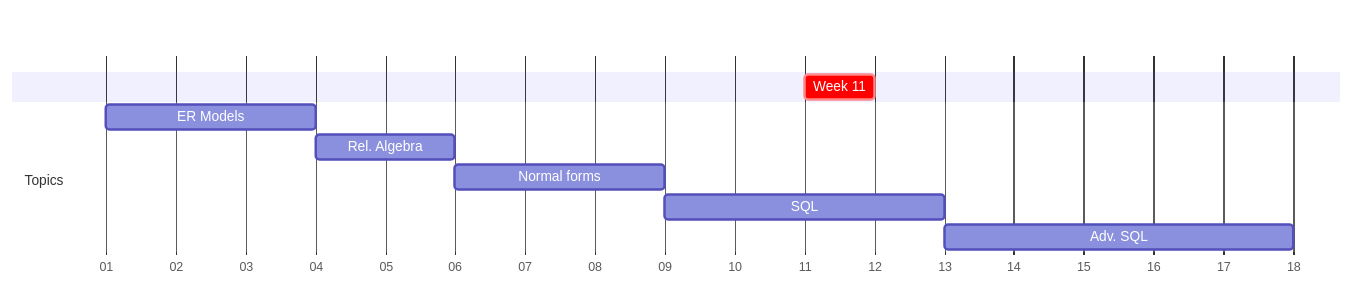
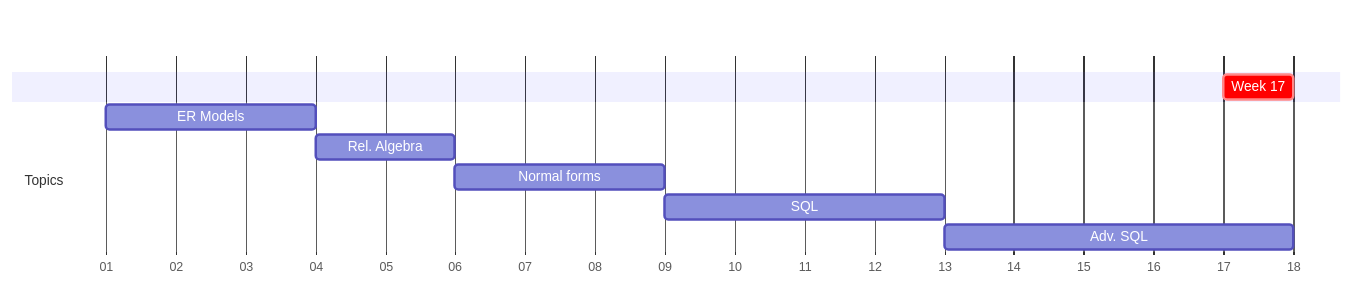
The diagram in fa2024/lectures/week-mermaid.mmd (lowkeylabs/cmsc408-course-admin), drawn with Mermaid before and after one commit. The commit also changed 91 other files, not shown here.

```diff
--- a/fa2024/lectures/week-mermaid.mmd
+++ b/fa2024/lectures/week-mermaid.mmd
@@ -1,14 +1,14 @@
 
 gantt
     dateFormat  M/DD/YYYY
     axisFormat  %W
 
     section    
-    Week 11 : crit, weekblock, 3/17/2024, 1w
+    Week 17 : crit, weekblock, 4/28/2024, 1w
 
     section Topics
     ER Models : m1, 1/7/2024, 3w
     Rel. Algebra: m4, after m1, 2w
     Normal forms: m5, after m4, 3w
     SQL : m6, after m5, 4w
     Adv. SQL: m7, after m6, 5w
```
